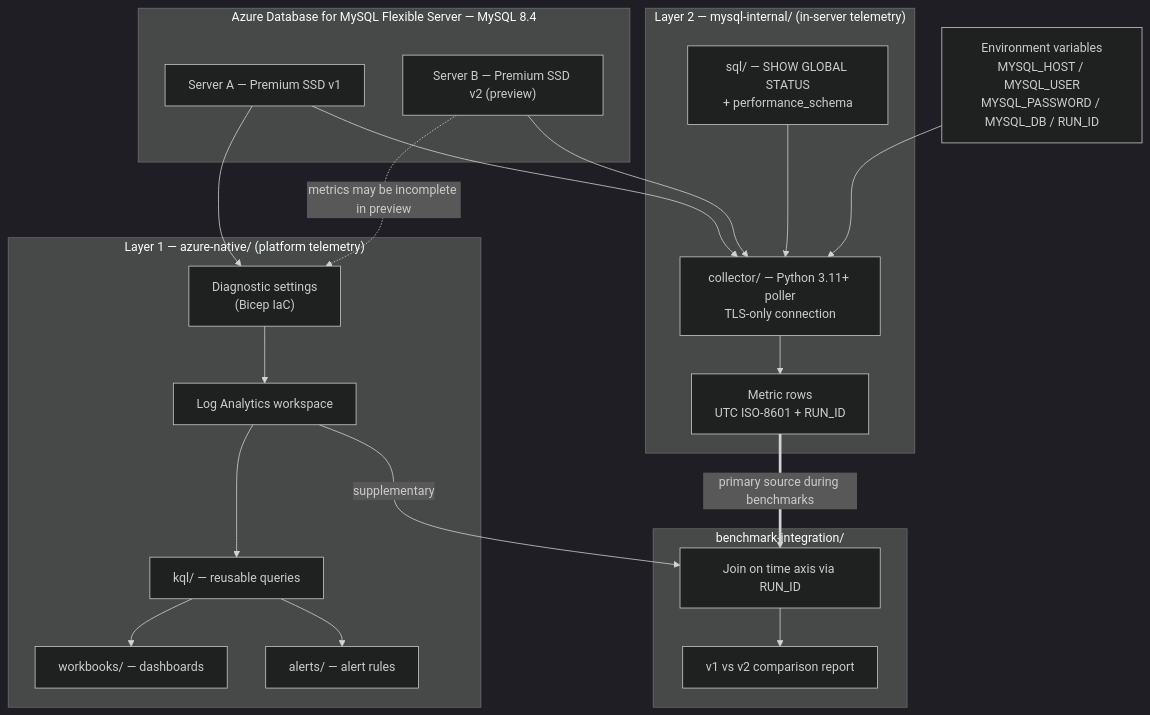
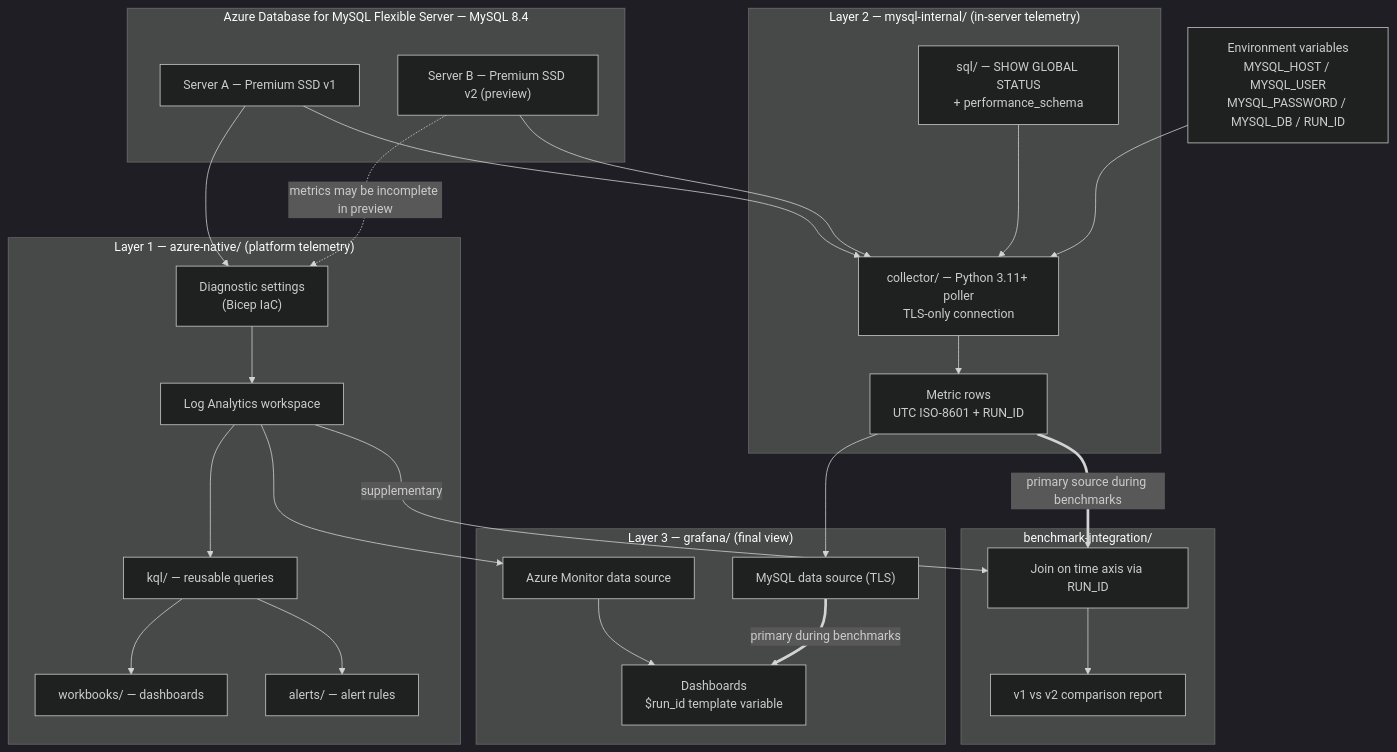
One commit to DalBamS/azure-mysql-monitoring changed the diagram in README.md. Above: the diagram before and after it, drawn with Mermaid (dark theme). The commit also changed other lines of this file and 10 other files, not shown here.

First line of the commit message:
Add Grafana as the final monitoring view layer

````diff
--- a/README.md
+++ b/README.md
@@ -15,45 +15,56 @@
 ```mermaid
 flowchart TB
     subgraph AZ["Azure Database for MySQL Flexible Server — MySQL 8.4"]
         SRV1["Server A — Premium SSD v1"]
         SRV2["Server B — Premium SSD v2 (preview)"]
     end
 
     subgraph L1["Layer 1 — azure-native/ (platform telemetry)"]
         DIAG["Diagnostic settings<br/>(Bicep IaC)"]
         LAW["Log Analytics workspace"]
         KQL["kql/ — reusable queries"]
         WB["workbooks/ — dashboards"]
         AL["alerts/ — alert rules"]
     end
 
     subgraph L2["Layer 2 — mysql-internal/ (in-server telemetry)"]
         COL["collector/ — Python 3.11+ poller<br/>TLS-only connection"]
         SQL["sql/ — SHOW GLOBAL STATUS<br/>+ performance_schema"]
         OUT["Metric rows<br/>UTC ISO-8601 + RUN_ID"]
     end
 
     subgraph BI["benchmark-integration/"]
         JOIN["Join on time axis via RUN_ID"]
         REP["v1 vs v2 comparison report"]
     end
 
+    subgraph L3["Layer 3 — grafana/ (final view)"]
+        DSA["Azure Monitor data source"]
+        DSM["MySQL data source (TLS)"]
+        DASH["Dashboards<br/>$run_id template variable"]
+    end
+
     ENV["Environment variables<br/>MYSQL_HOST / MYSQL_USER<br/>MYSQL_PASSWORD / MYSQL_DB / RUN_ID"]
 
     SRV1 --> DIAG
     SRV2 -. "metrics may be incomplete in preview" .-> DIAG
     DIAG --> LAW
     LAW --> KQL
     KQL --> WB
     KQL --> AL
 
     SRV1 --> COL
     SRV2 --> COL
     SQL --> COL
     ENV --> COL
     COL --> OUT
 
     OUT ==> |primary source during benchmarks| JOIN
     LAW --> |supplementary| JOIN
     JOIN --> REP
+
+    LAW --> DSA
+    OUT --> DSM
+    DSA --> DASH
+    DSM ==> |primary during benchmarks| DASH
 ```
````
